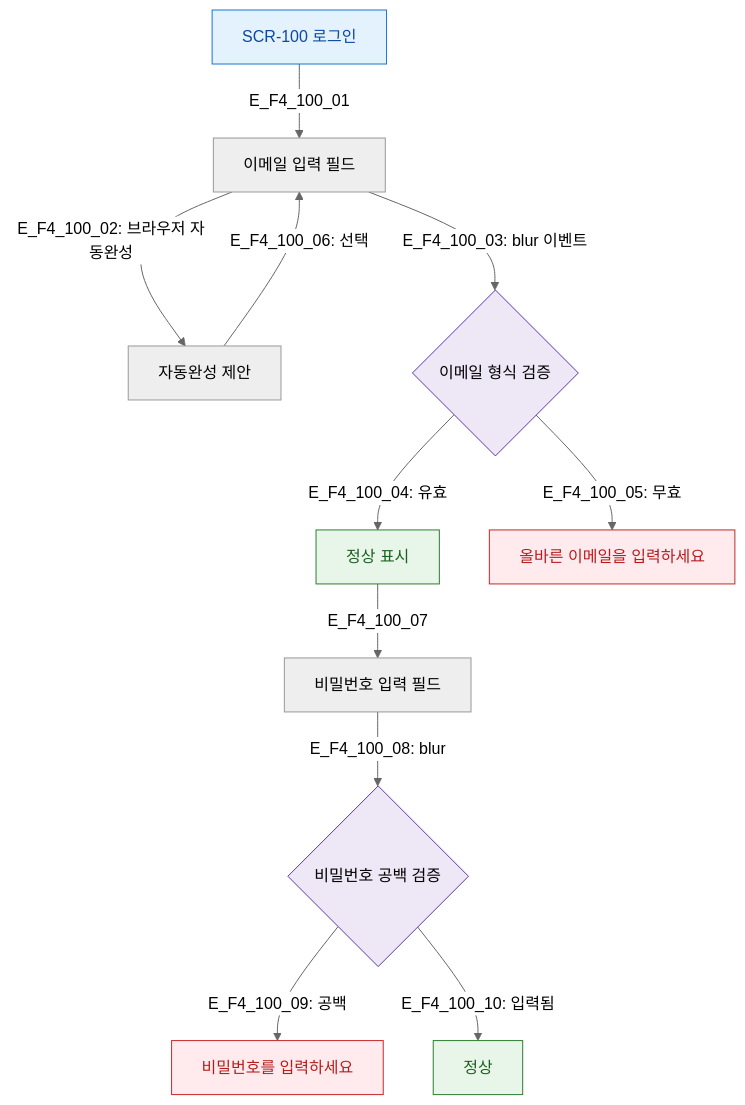
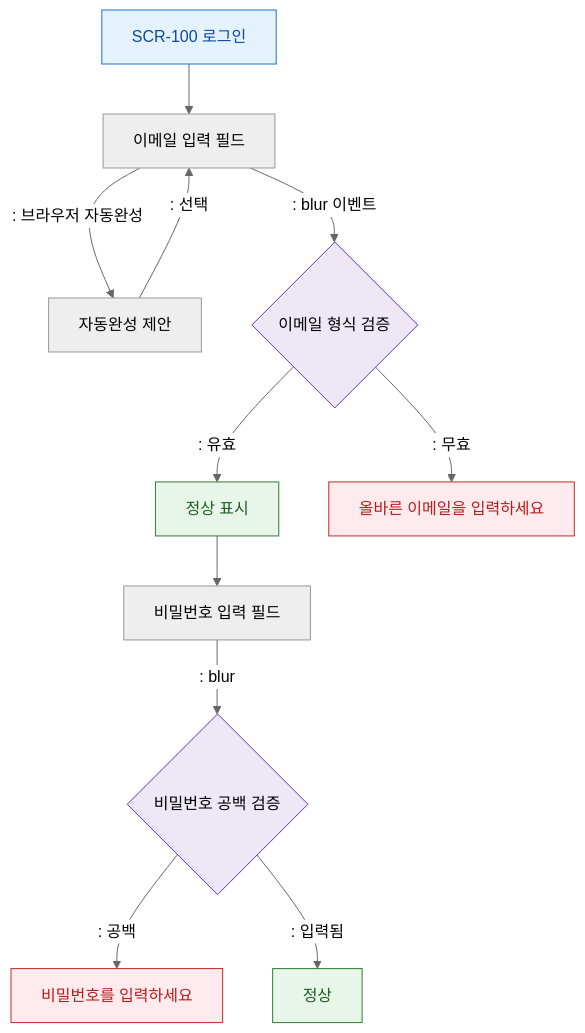
Before and after one commit to dev-spogym/admin-pando: the diagram in docs/다이어그램/D01_공통/SCR-100_로그인/F4_필터검색.md, drawn with Mermaid (neutral theme). The commit also changed other lines of this file and 1660 other files, not shown here.

First line of the commit message:
다이어그램: 기획자/클라이언트 납품본으로 정리

````diff
--- a/docs/다이어그램/D01_공통/SCR-100_로그인/F4_필터검색.md
+++ b/docs/다이어그램/D01_공통/SCR-100_로그인/F4_필터검색.md
@@ -16,25 +14,25 @@
 ```mermaid
 flowchart TD
-    SCR_100[SCR-100 로그인] -->|E_F4_100_01| EMAIL_INPUT[이메일 입력 필드]
+    SCR_100[SCR-100 로그인] --> EMAIL_INPUT[이메일 입력 필드]
 
-    EMAIL_INPUT -->|"E_F4_100_02: 브라우저 자동완성"| AUTOCOMPLETE[자동완성 제안]
-    EMAIL_INPUT -->|"E_F4_100_03: blur 이벤트"| EMAIL_VALID{이메일 형식 검증}
+    EMAIL_INPUT -->|": 브라우저 자동완성"|AUTOCOMPLETE[자동완성 제안]
+    EMAIL_INPUT -->|": blur 이벤트"|EMAIL_VALID{이메일 형식 검증}
 
-    EMAIL_VALID -->|"E_F4_100_04: 유효"| EMAIL_OK[정상 표시]
-    EMAIL_VALID -->|"E_F4_100_05: 무효"| EMAIL_ERR[올바른 이메일을 입력하세요]
+    EMAIL_VALID -->|": 유효"|EMAIL_OK[정상 표시]
+    EMAIL_VALID -->|": 무효"|EMAIL_ERR[올바른 이메일을 입력하세요]
 
-    AUTOCOMPLETE -->|"E_F4_100_06: 선택"| EMAIL_INPUT
-    EMAIL_OK -->|E_F4_100_07| PW_INPUT[비밀번호 입력 필드]
-    PW_INPUT -->|"E_F4_100_08: blur"| PW_VALID{비밀번호 공백 검증}
-    PW_VALID -->|"E_F4_100_09: 공백"| PW_ERR[비밀번호를 입력하세요]
-    PW_VALID -->|"E_F4_100_10: 입력됨"| PW_OK[정상]
+    AUTOCOMPLETE -->|": 선택"|EMAIL_INPUT
+    EMAIL_OK --> PW_INPUT[비밀번호 입력 필드]
+    PW_INPUT -->|": blur"|PW_VALID{비밀번호 공백 검증}
+    PW_VALID -->|": 공백"|PW_ERR[비밀번호를 입력하세요]
+    PW_VALID -->|": 입력됨"|PW_OK[정상]
 
-    classDef screen       fill:#E3F2FD,stroke:#1976D2,color:#0D47A1
-    classDef system       fill:#EDE7F6,stroke:#5E35B2
-    classDef error        fill:#FFEBEE,stroke:#C62828,color:#B71C1C
-    classDef success      fill:#E8F5E9,stroke:#2E7D32,color:#1B5E20
+    classDef screen fill:#E3F2FD,stroke:#1976D2,color:#0D47A1
+    classDef system fill:#EDE7F6,stroke:#5E35B2
+    classDef error fill:#FFEBEE,stroke:#C62828,color:#B71C1C
+    classDef success fill:#E8F5E9,stroke:#2E7D32,color:#1B5E20
     class SCR_100 screen
     class EMAIL_VALID,PW_VALID system
     class EMAIL_ERR,PW_ERR error
     class EMAIL_OK,PW_OK success
 ```
````
